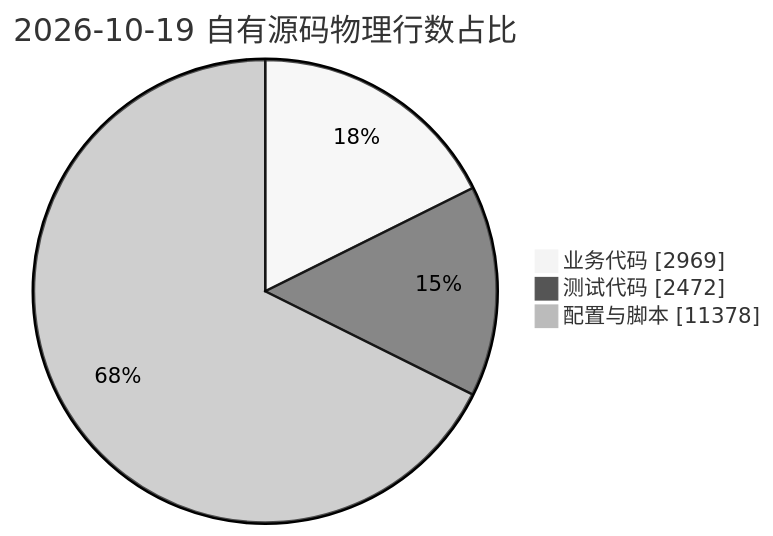
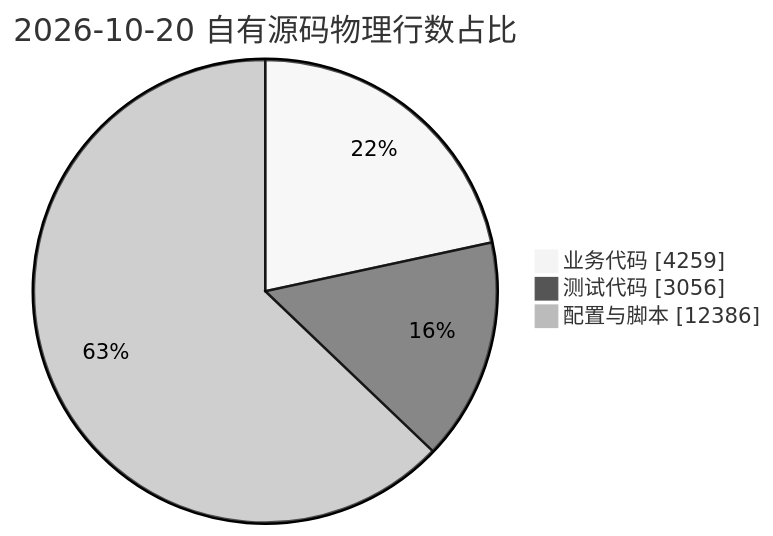
The third of 3 diagrams in README.md (JobsKits/WindowsOS_Extension), drawn with Mermaid (neutral theme) before and after one commit. The commit also changed other lines of this file and 103 other files, not shown here.

````diff
--- a/README.md
+++ b/README.md
@@ -487,7 +549,7 @@
 ```mermaid
 pie showData
-    title 2026-10-19 自有源码物理行数占比
-    "业务代码" : 2969
-    "测试代码" : 2472
-    "配置与脚本" : 11378
+    title 2026-10-20 自有源码物理行数占比
+    "业务代码" : 4259
+    "测试代码" : 3056
+    "配置与脚本" : 12386
 ```
````
